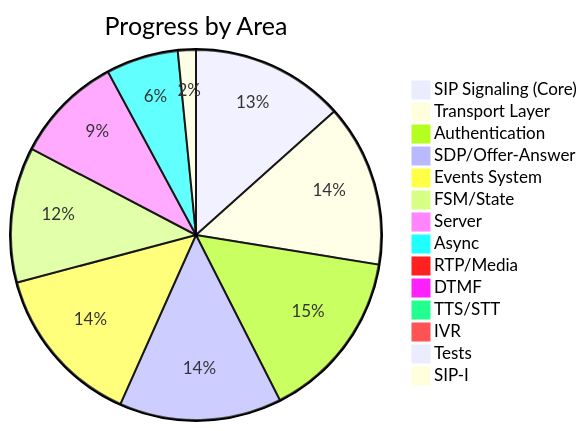
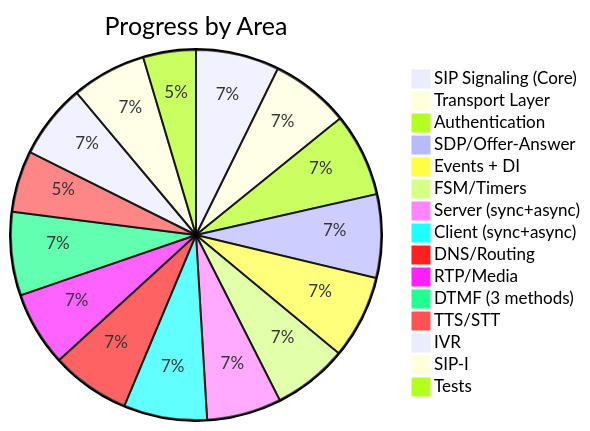
One commit to oornnery/sipx changed the ninth of 9 diagrams in docs/SDD.md. Above: the diagram before and after it, drawn with Mermaid. The commit also changed other lines of this file and 18 other files, not shown here.

````diff
--- a/docs/SDD.md
+++ b/docs/SDD.md
@@ -716,17 +757,18 @@
 ```mermaid
 pie title Progress by Area
-    "SIP Signaling (Core)" : 85
+    "SIP Signaling (Core)" : 95
     "Transport Layer" : 90
     "Authentication" : 95
-    "SDP/Offer-Answer" : 90
-    "Events System" : 90
-    "FSM/State" : 75
-    "Server" : 60
-    "Async" : 40
-    "RTP/Media" : 0
-    "DTMF" : 0
-    "TTS/STT" : 0
-    "IVR" : 0
-    "Tests" : 0
-    "SIP-I" : 10
+    "SDP/Offer-Answer" : 95
+    "Events + DI" : 95
+    "FSM/Timers" : 85
+    "Server (sync+async)" : 85
+    "Client (sync+async)" : 95
+    "DNS/Routing" : 90
+    "RTP/Media" : 85
+    "DTMF (3 methods)" : 95
+    "TTS/STT" : 70
+    "IVR" : 85
+    "SIP-I" : 85
+    "Tests" : 60
 ```
````
